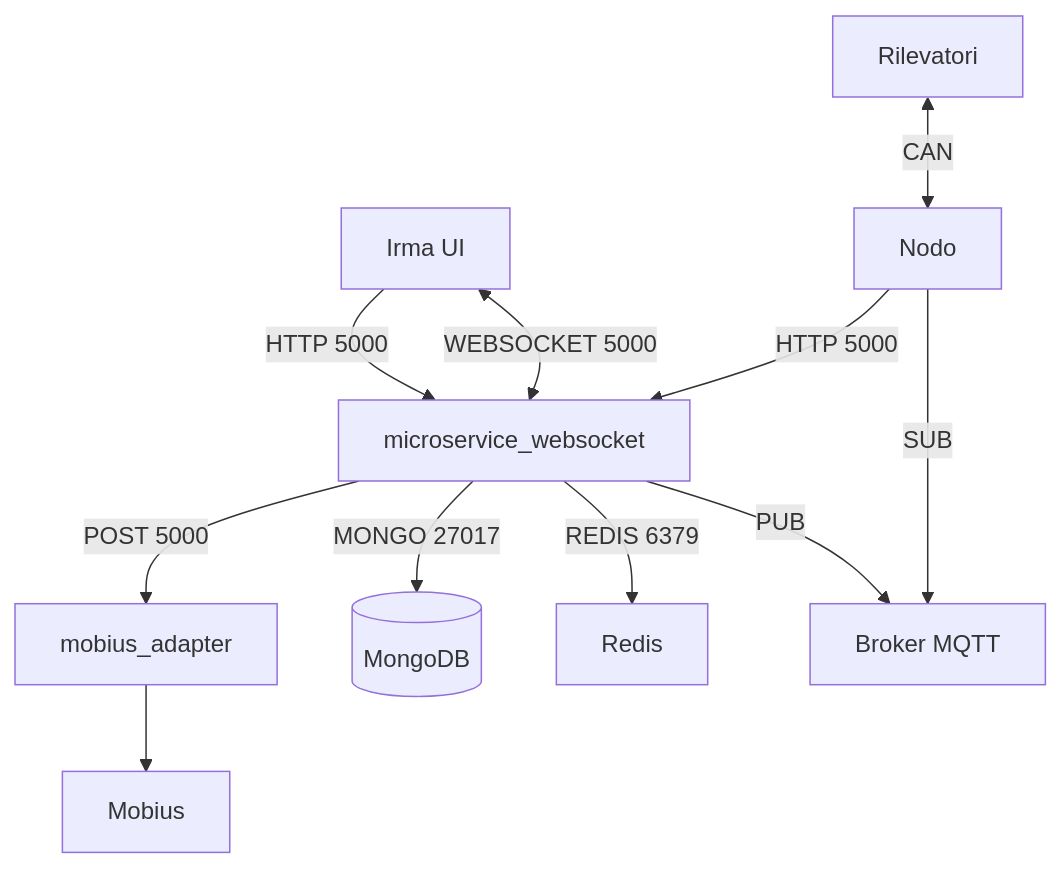
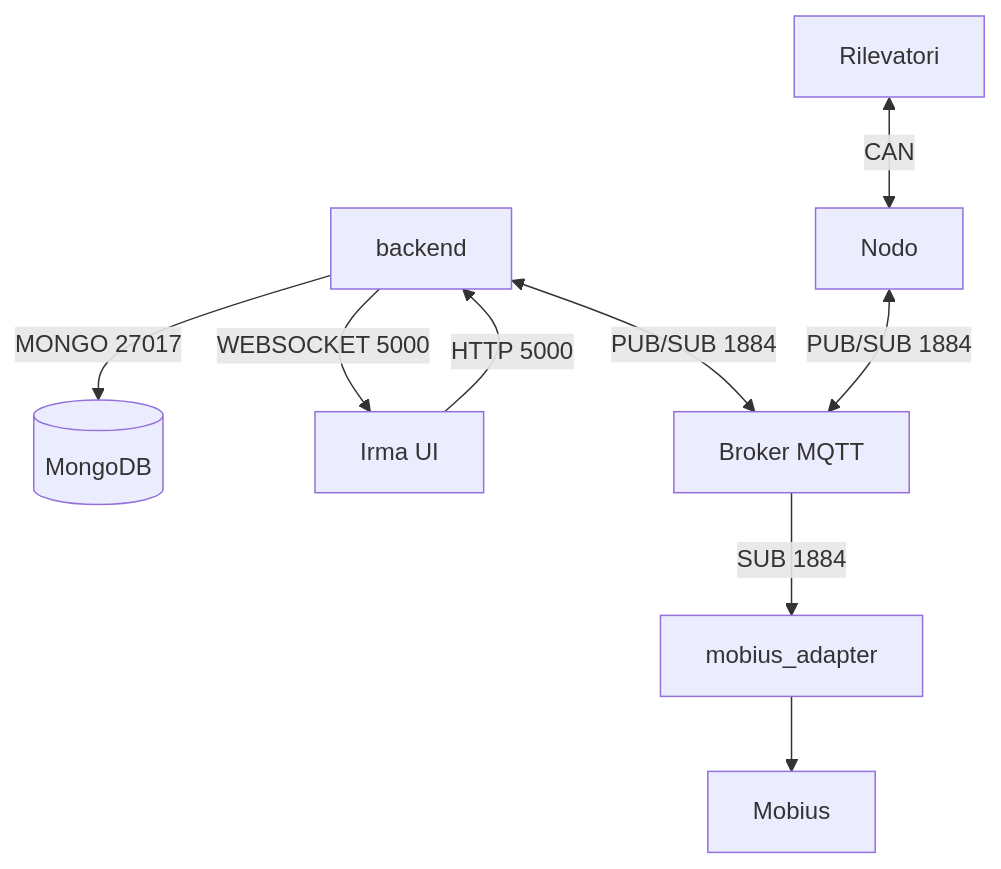
The first of 3 diagrams in README.md (monemasrl/irma), drawn with Mermaid before and after one commit. The commit also changed other lines of this file and 8 other files, not shown here.

````diff
--- a/README.md
+++ b/README.md
@@ -17,26 +17,23 @@
 ```mermaid
 flowchart TD;
 
-msw[microservice_websocket]
+mongo[(MongoDB)]
+b[backend]
 mobius[Mobius]
 ma[mobius_adapter]
 irma-ui[Irma UI]
 mqtt[Broker MQTT]
-redis[Redis]
-mongo[(MongoDB)]
 
 nodo[Nodo]
 rilevatori[Rilevatori]
 
-msw -- POST 5000 --> ma
+b -- MONGO 27017 --> mongo
 ma --> mobius
-msw -- MONGO 27017 --> mongo
-irma-ui -- HTTP 5000 --> msw
-nodo -- HTTP 5000 --> msw
-irma-ui <-- WEBSOCKET 5000 --> msw
+irma-ui -- HTTP 5000 --> b
+b -- WEBSOCKET 5000 --> irma-ui
 rilevatori <-- CAN --> nodo
-msw -- REDIS 6379 --> redis
 
-msw -- PUB --> mqtt
-nodo -- SUB --> mqtt
+b <-- PUB/SUB 1884 --> mqtt
+nodo <-- PUB/SUB 1884 --> mqtt
+mqtt -- SUB 1884 --> ma
 ```
````
